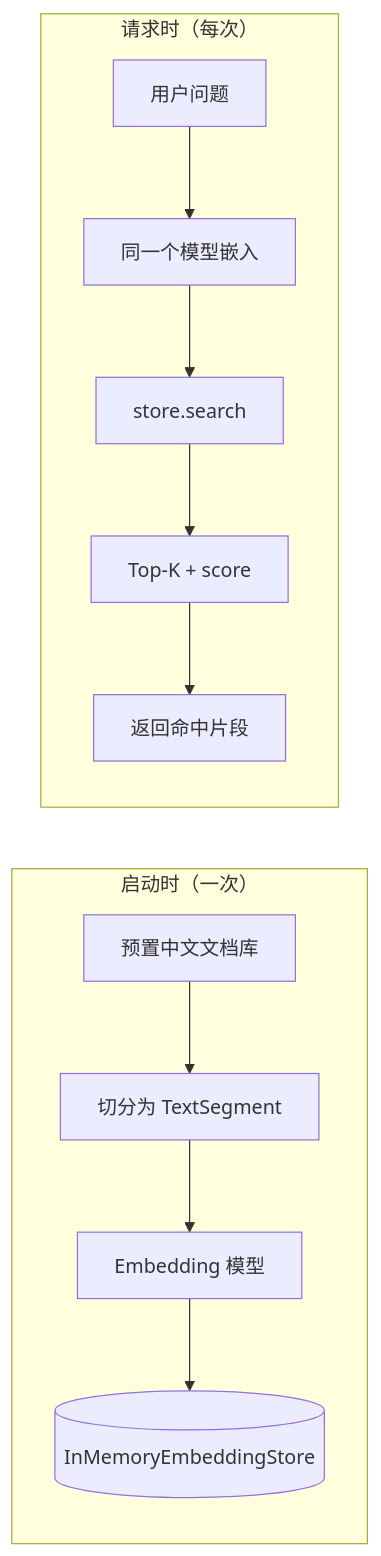
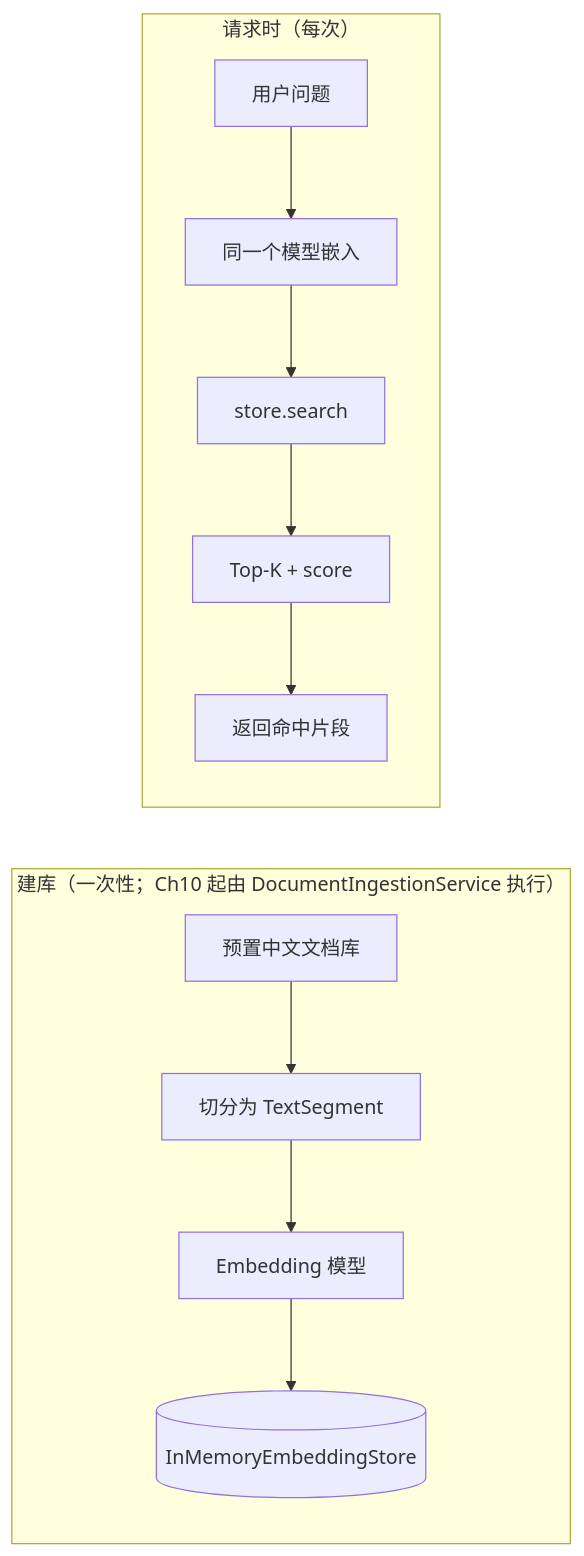
Before and after one commit to hengdboy/langchain4j-in-production: the sixth of 7 diagrams in chapters/ch08-embedding.md, drawn with Mermaid. The commit also changed other lines of this file and 6 other files, not shown here.

````diff
--- a/chapters/ch08-embedding.md
+++ b/chapters/ch08-embedding.md
@@ -757,9 +757,9 @@
 ```mermaid
 flowchart LR
-    subgraph "启动时（一次）"
+    subgraph "建库（一次性；Ch10 起由 DocumentIngestionService 执行）"
         DOC[预置中文文档库] --> SEG[切分为 TextSegment] --> EMB[Embedding 模型] --> ST[(InMemoryEmbeddingStore)]
     end
     subgraph "请求时（每次）"
         Q[用户问题] --> QE[同一个模型嵌入] --> SEARCH[store.search] --> TOP[Top-K + score] --> RES[返回命中片段]
     end
 ```
````
